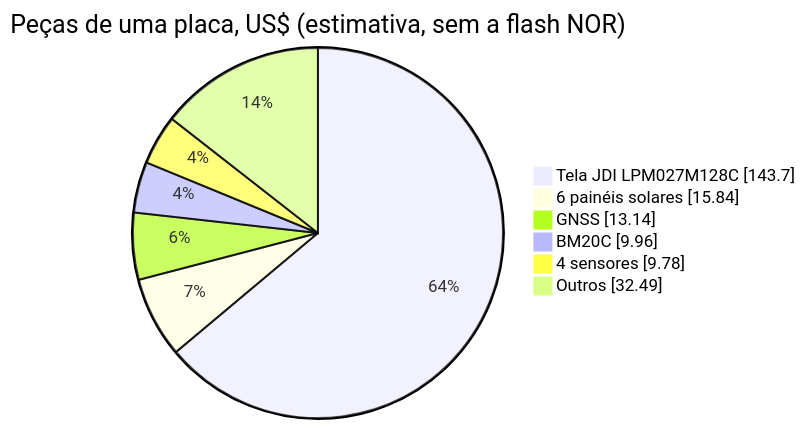
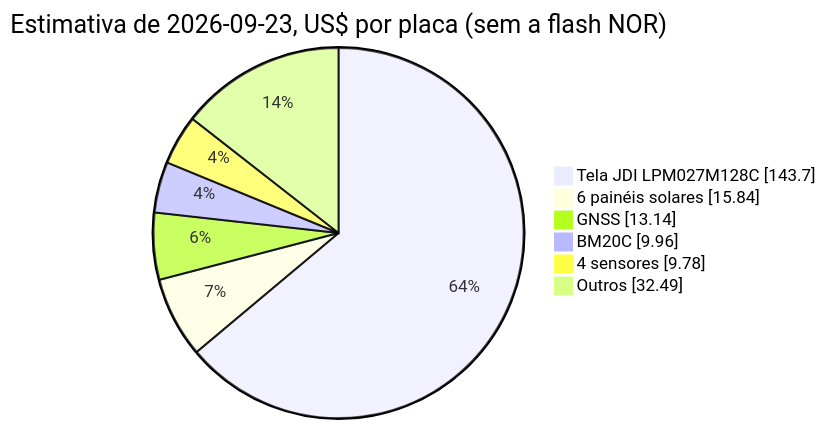
The second of 2 diagrams in docs/19-lista-de-compras.md (Guiimartinho/gnss-bike-computer), drawn with Mermaid before and after one commit. The commit also changed other lines of this file and 63 other files, not shown here.

````diff
--- a/docs/19-lista-de-compras.md
+++ b/docs/19-lista-de-compras.md
@@ -267,10 +320,10 @@
 ```mermaid
 pie showData
-    title Peças de uma placa, US$ (estimativa, sem a flash NOR)
+    title Estimativa de 2026-09-23, US$ por placa (sem a flash NOR)
     "Tela JDI LPM027M128C" : 143.70
     "6 painéis solares" : 15.84
     "GNSS" : 13.14
     "BM20C" : 9.96
     "4 sensores" : 9.78
     "Outros" : 32.49
 ```
````
